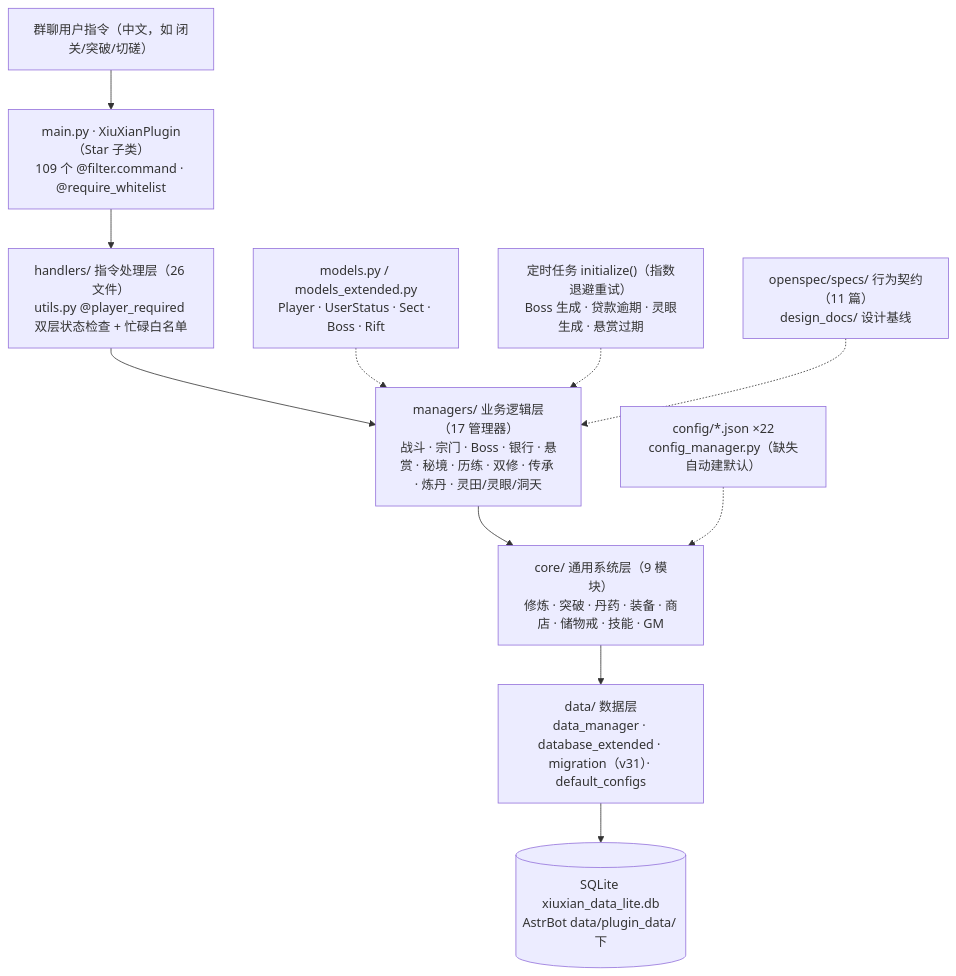
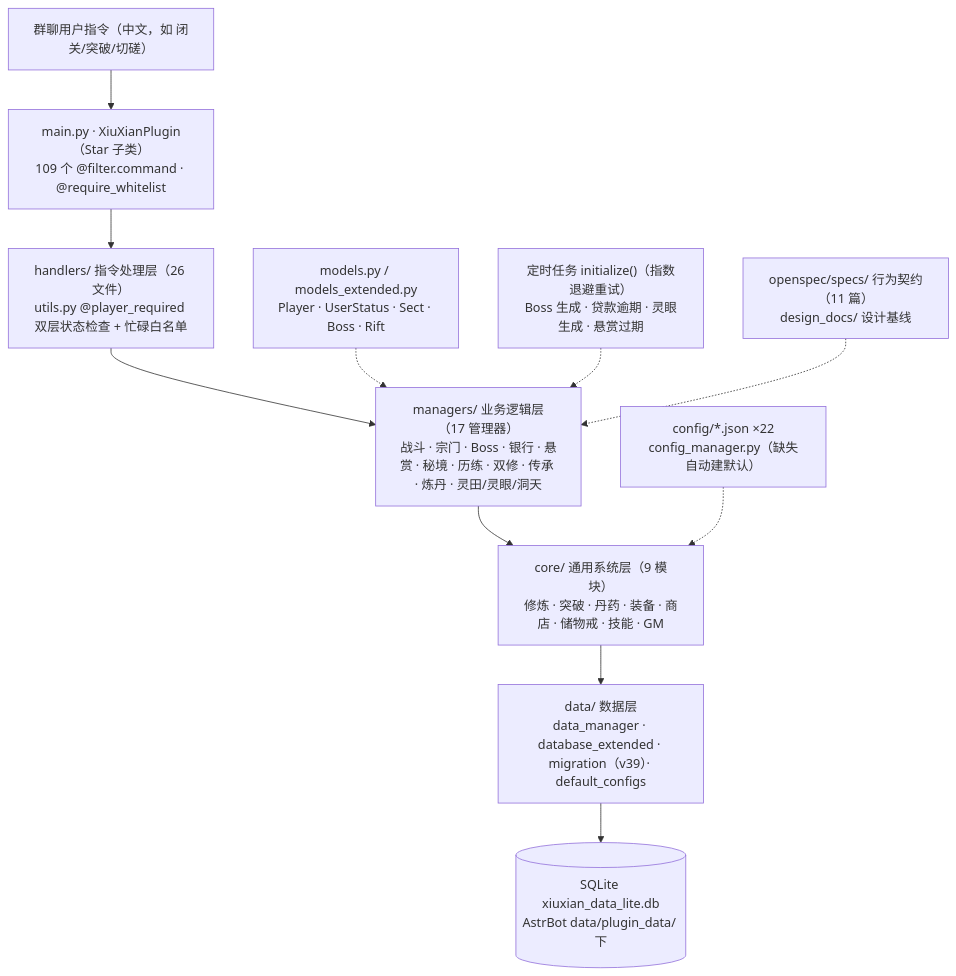
Before and after one commit to fanjinchi/astrbot_plugin_monixiuxian2_2: the diagram in design_docs/project-architecture.md, drawn with Mermaid. The commit also changed other lines of this file and 47 other files, not shown here.

````diff
--- a/design_docs/project-architecture.md
+++ b/design_docs/project-architecture.md
@@ -33,13 +33,13 @@
 ```mermaid
 flowchart TD
     U["群聊用户指令（中文，如 闭关/突破/切磋）"] --> M["main.py · XiuXianPlugin（Star 子类）<br/>109 个 @filter.command · @require_whitelist"]
     M --> H["handlers/ 指令处理层（26 文件）<br/>utils.py @player_required 双层状态检查 + 忙碌白名单"]
     H --> MG["managers/ 业务逻辑层（17 管理器）<br/>战斗 · 宗门 · Boss · 银行 · 悬赏 · 秘境 · 历练 · 双修 · 传承 · 炼丹 · 灵田/灵眼/洞天"]
     MG --> C["core/ 通用系统层（9 模块）<br/>修炼 · 突破 · 丹药 · 装备 · 商店 · 储物戒 · 技能 · GM"]
-    C --> D["data/ 数据层<br/>data_manager · database_extended · migration（v31）· default_configs"]
+    C --> D["data/ 数据层<br/>data_manager · database_extended · migration（v39）· default_configs"]
     D --> DB[("SQLite xiuxian_data_lite.db<br/>AstrBot data/plugin_data/ 下")]
     CFG["config/*.json ×22<br/>config_manager.py（缺失自动建默认）"] -.-> C
     MD["models.py / models_extended.py<br/>Player · UserStatus · Sect · Boss · Rift"] -.-> MG
     T["定时任务 initialize()（指数退避重试）<br/>Boss 生成 · 贷款逾期 · 灵眼生成 · 悬赏过期"] -.-> MG
     SPEC["openspec/specs/ 行为契约（11 篇）<br/>design_docs/ 设计基线"] -.-> MG
 ```
````
